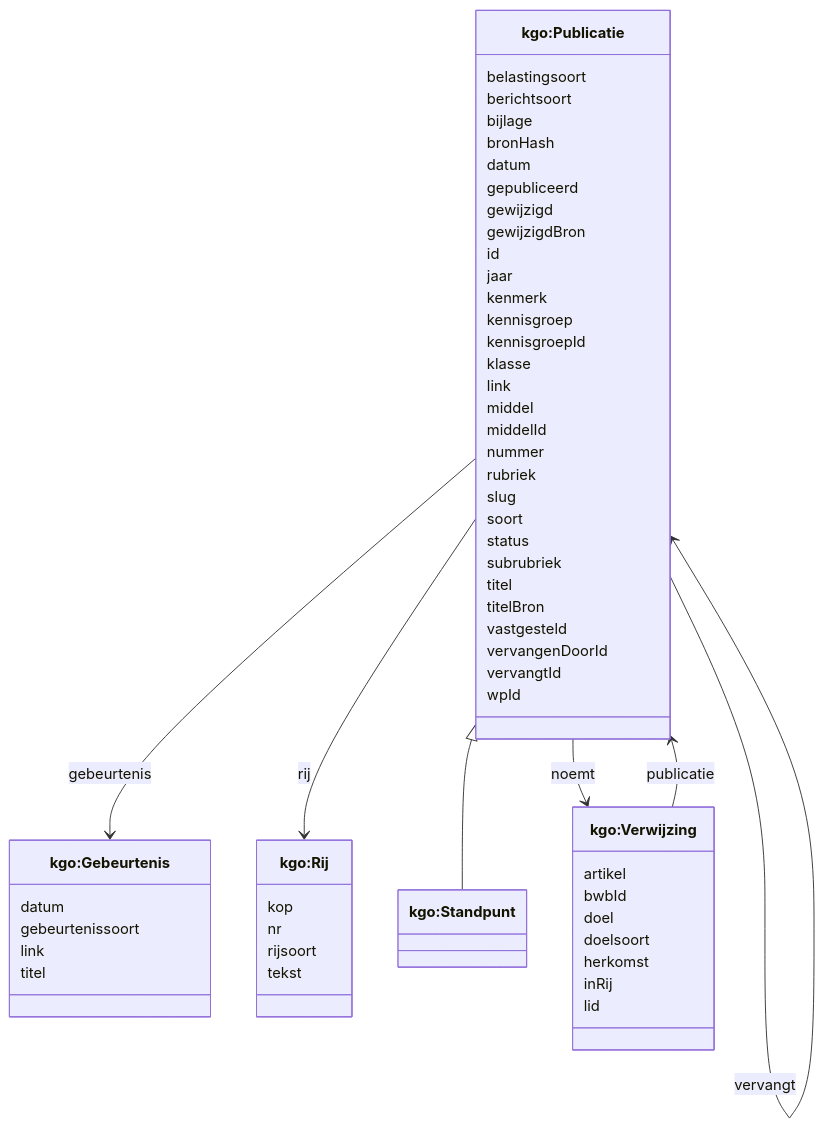
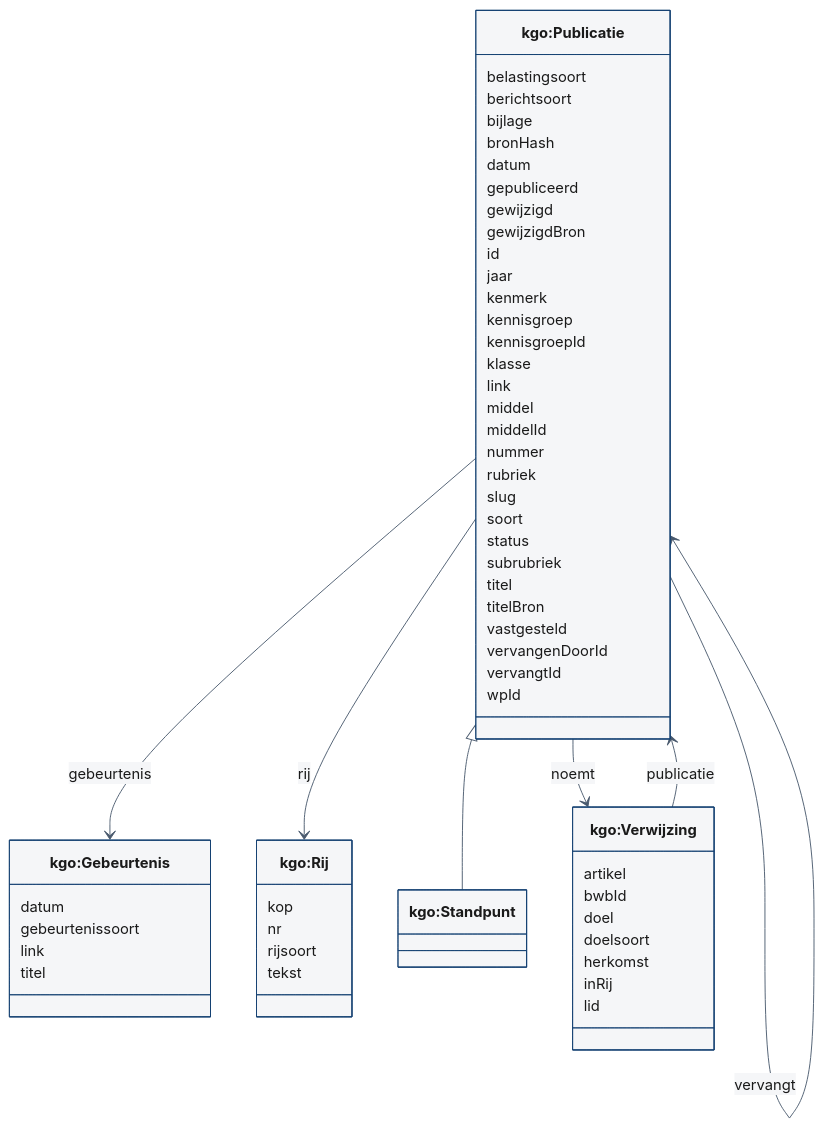
The sixth of 6 diagrams in docs/ontologie/README.md (palmw01/wetsanalyse-ai), drawn with Mermaid before and after one commit. The commit also changed other lines of this file and 2 other files, not shown here.

Commit message:
Ontologie: pagina in de huisstijl van Lex (beeldmerk, lintblauw), diagrammen schalen op mobiel

````diff
--- a/docs/ontologie/README.md
+++ b/docs/ontologie/README.md
@@ -983,59 +988,60 @@
 ```mermaid
+%%{init: {"theme": "base", "themeVariables": {"primaryColor": "#F5F6F8", "primaryBorderColor": "#154273", "primaryTextColor": "#1A1A1A", "lineColor": "#4A5A6E", "secondaryColor": "#EDF0F4", "tertiaryColor": "#FFFFFF"}}}%%
 classDiagram
   direction TB
   class kgo_Gebeurtenis["kgo:Gebeurtenis"]
   kgo_Gebeurtenis : datum
   kgo_Gebeurtenis : gebeurtenissoort
   kgo_Gebeurtenis : link
   kgo_Gebeurtenis : titel
   class kgo_Publicatie["kgo:Publicatie"]
   kgo_Publicatie : belastingsoort
   kgo_Publicatie : berichtsoort
   kgo_Publicatie : bijlage
   kgo_Publicatie : bronHash
   kgo_Publicatie : datum
   kgo_Publicatie : gepubliceerd
   kgo_Publicatie : gewijzigd
   kgo_Publicatie : gewijzigdBron
   kgo_Publicatie : id
   kgo_Publicatie : jaar
   kgo_Publicatie : kenmerk
   kgo_Publicatie : kennisgroep
   kgo_Publicatie : kennisgroepId
   kgo_Publicatie : klasse
   kgo_Publicatie : link
   kgo_Publicatie : middel
   kgo_Publicatie : middelId
   kgo_Publicatie : nummer
   kgo_Publicatie : rubriek
   kgo_Publicatie : slug
   kgo_Publicatie : soort
   kgo_Publicatie : status
   kgo_Publicatie : subrubriek
   kgo_Publicatie : titel
   kgo_Publicatie : titelBron
   kgo_Publicatie : vastgesteld
   kgo_Publicatie : vervangenDoorId
   kgo_Publicatie : vervangtId
   kgo_Publicatie : wpId
   class kgo_Rij["kgo:Rij"]
   kgo_Rij : kop
   kgo_Rij : nr
   kgo_Rij : rijsoort
   kgo_Rij : tekst
   class kgo_Standpunt["kgo:Standpunt"]
   class kgo_Verwijzing["kgo:Verwijzing"]
   kgo_Verwijzing : artikel
   kgo_Verwijzing : bwbId
   kgo_Verwijzing : doel
   kgo_Verwijzing : doelsoort
   kgo_Verwijzing : herkomst
   kgo_Verwijzing : inRij
   kgo_Verwijzing : lid
   kgo_Publicatie --> kgo_Gebeurtenis : gebeurtenis
   kgo_Publicatie --> kgo_Verwijzing : noemt
   kgo_Publicatie --> kgo_Rij : rij
   kgo_Publicatie --> kgo_Publicatie : vervangt
   kgo_Publicatie <|-- kgo_Standpunt
   kgo_Verwijzing --> kgo_Publicatie : publicatie
 ```
````
